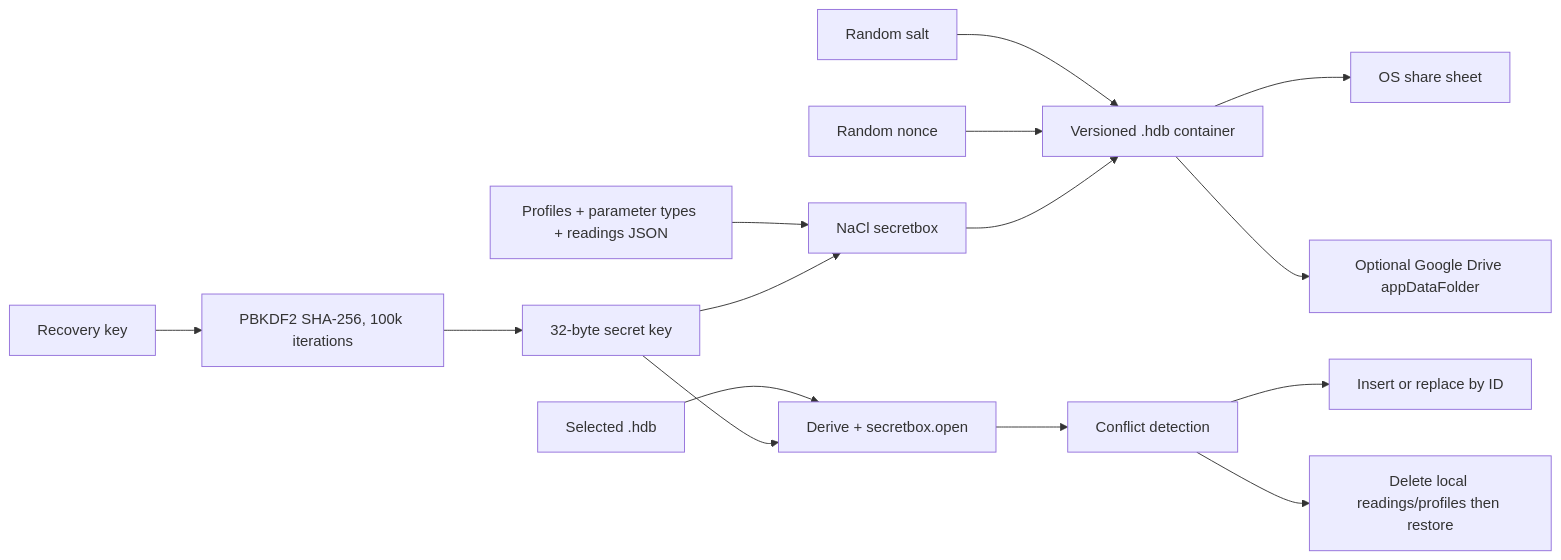
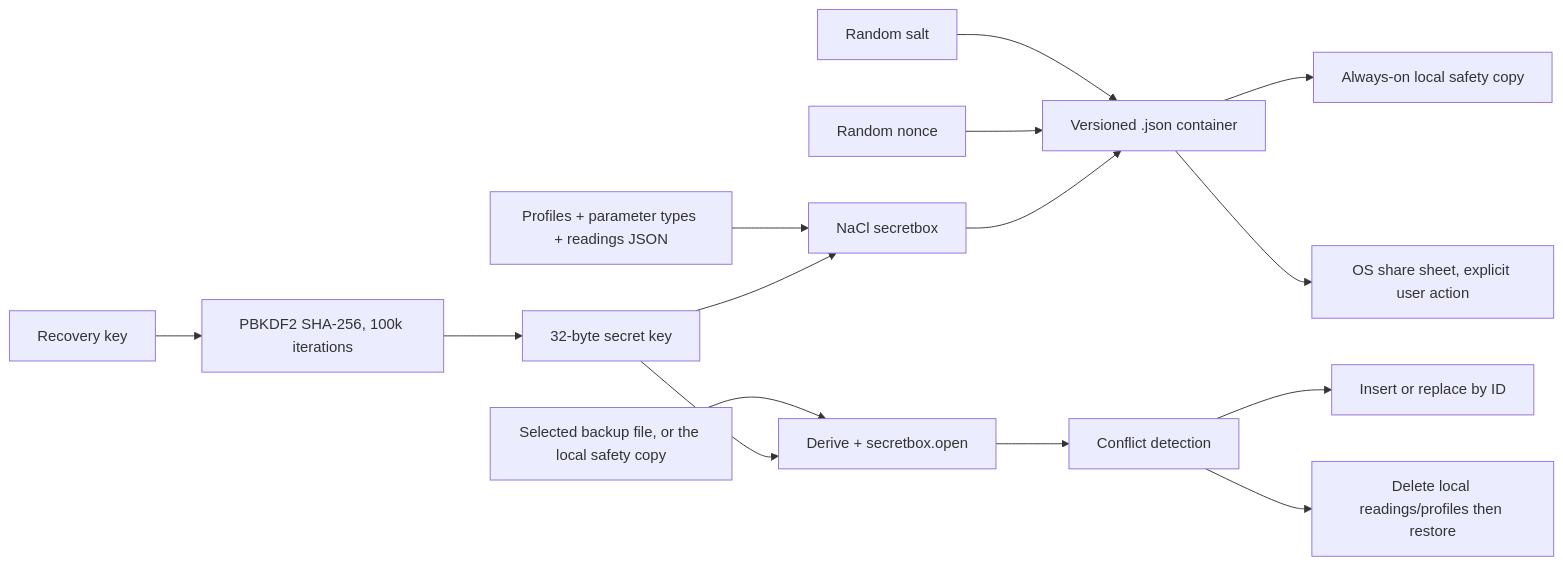
The seventh of 8 diagrams in docs/TECHNICAL-DESIGN.md (neetuaks/Health-Diary), drawn with Mermaid before and after one commit. The commit also changed other lines of this file and 106 other files, not shown here.

````diff
--- a/docs/TECHNICAL-DESIGN.md
+++ b/docs/TECHNICAL-DESIGN.md
@@ -268,17 +269,17 @@
 ```mermaid
 flowchart LR
     Key[Recovery key] --> Derive[PBKDF2 SHA-256, 100k iterations]
     Derive --> Secret[32-byte secret key]
     Payload[Profiles + parameter types + readings JSON] --> Encrypt[NaCl secretbox]
     Secret --> Encrypt
     Salt[Random salt] --> Container
     Nonce[Random nonce] --> Container
-    Encrypt --> Container[Versioned .hdb container]
-    Container --> Share[OS share sheet]
-    Container --> Drive[Optional Google Drive appDataFolder]
-    Restore[Selected .hdb] --> Decrypt[Derive + secretbox.open]
+    Encrypt --> Container[Versioned .json container]
+    Container --> LocalCopy[Always-on local safety copy]
+    Container --> Share[OS share sheet, explicit user action]
+    Restore[Selected backup file, or the local safety copy] --> Decrypt[Derive + secretbox.open]
     Secret --> Decrypt
     Decrypt --> Conflict[Conflict detection]
     Conflict --> Merge[Insert or replace by ID]
     Conflict --> Replace[Delete local readings/profiles then restore]
 ```
````
